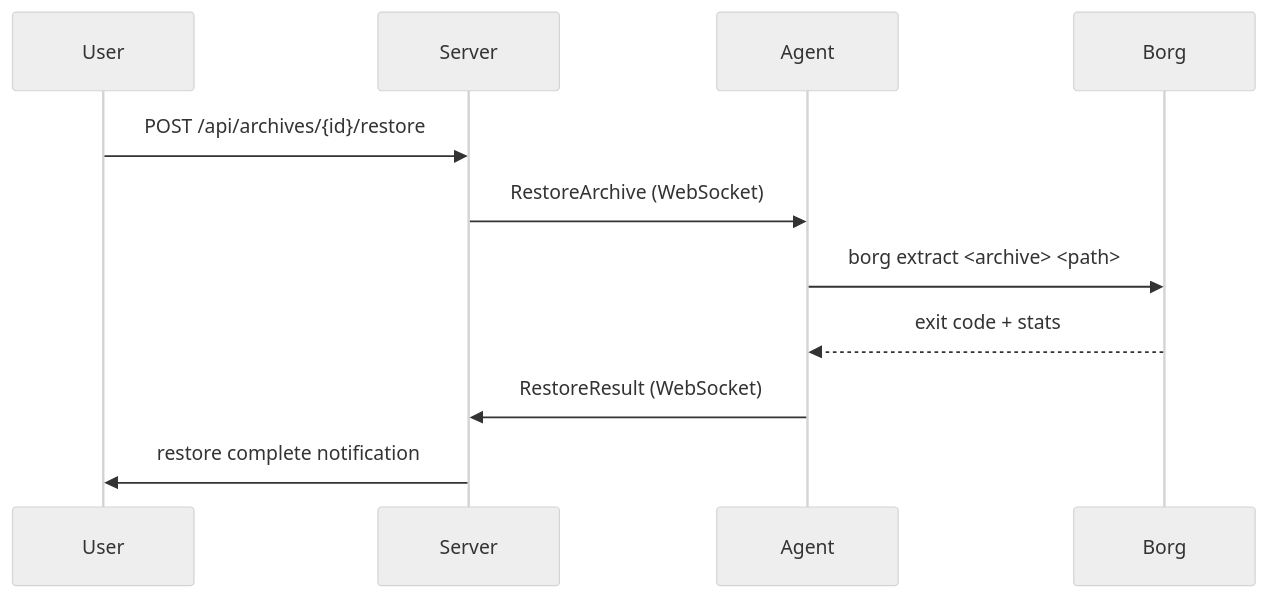
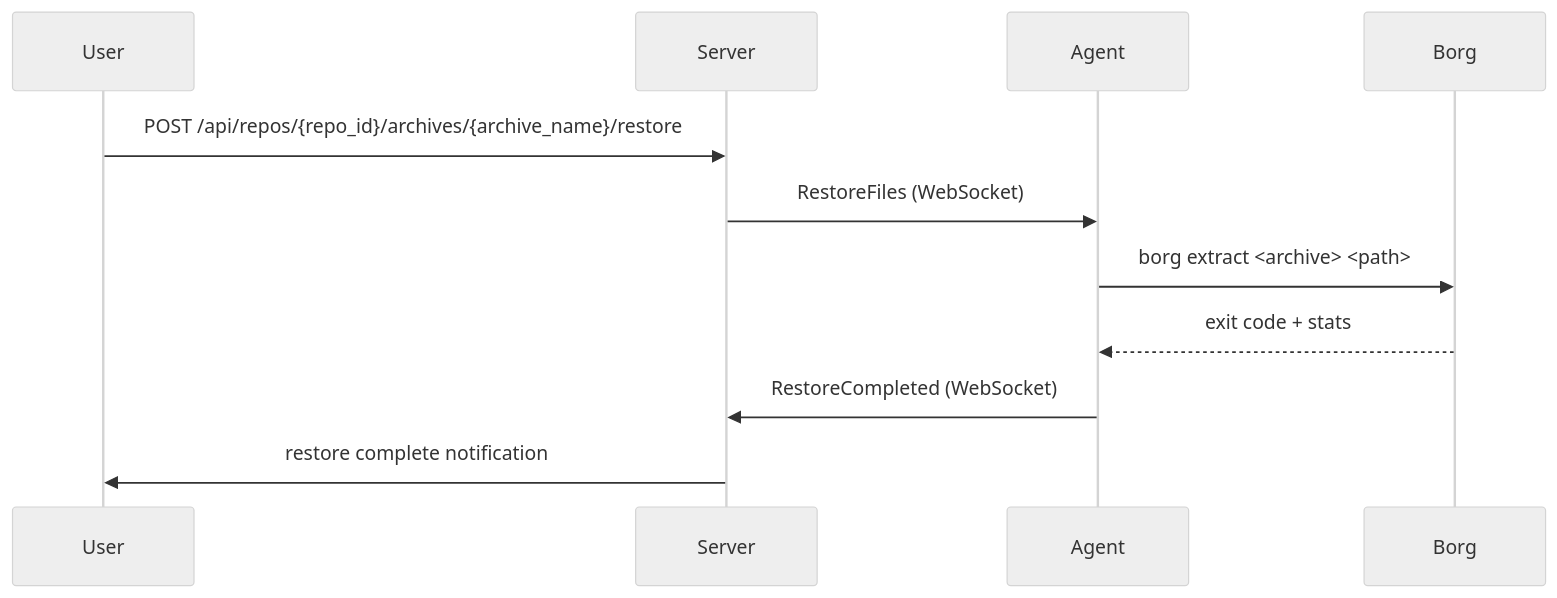
Before and after one commit to alexmohr/assimilate: the diagram in docs/restore.md, drawn with Mermaid (neutral theme). The commit also changed 8 other files, not shown here.

````diff
--- a/docs/restore.md
+++ b/docs/restore.md
@@ -58,14 +58,14 @@
 ```mermaid
 sequenceDiagram
     participant User
     participant Server
     participant Agent
     participant Borg
 
-    User->>Server: POST /api/archives/{id}/restore
-    Server->>Agent: RestoreArchive (WebSocket)
+    User->>Server: POST /api/repos/{repo_id}/archives/{archive_name}/restore
+    Server->>Agent: RestoreFiles (WebSocket)
     Agent->>Borg: borg extract <archive> <path>
     Borg-->>Agent: exit code + stats
-    Agent->>Server: RestoreResult (WebSocket)
+    Agent->>Server: RestoreCompleted (WebSocket)
     Server->>User: restore complete notification
 ```
````
